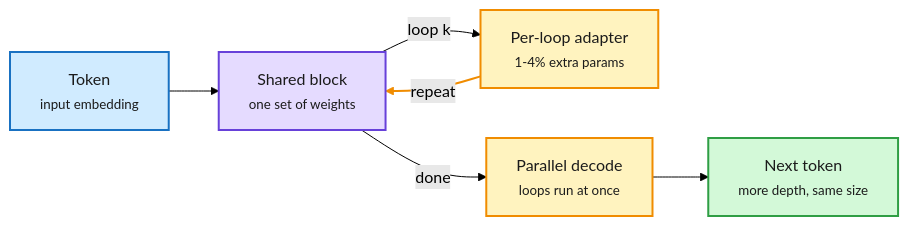
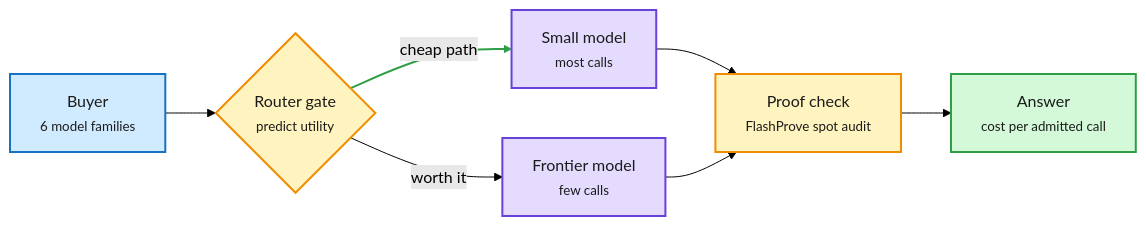
Before and after one commit to bayesiansapien/cere-bro: the diagram in wiki/media-zone/2026-11/2026-11-03.md, drawn with Mermaid (forest theme). The commit also changed other lines of this file and 36 other files, not shown here.

````diff
--- a/wiki/media-zone/2026-11/2026-11-03.md
+++ b/wiki/media-zone/2026-11/2026-11-03.md
@@ -36,17 +52,18 @@
 ```mermaid
 flowchart LR
-  X["Token<br/><small>input embedding</small>"] --> B["Shared block<br/><small>one set of weights</small>"]
-  B -->|loop k| A["Per-loop adapter<br/><small>1-4% extra params</small>"]
-  A -->|repeat| B
-  B -->|done| P["Parallel decode<br/><small>loops run at once</small>"]
-  P --> Y["Next token<br/><small>more depth, same size</small>"]
+  U["Buyer<br/><small>6 model families</small>"] --> G{"Router gate<br/><small>predict utility</small>"}
+  G -->|cheap path| S["Small model<br/><small>most calls</small>"]
+  G -->|worth it| F["Frontier model<br/><small>few calls</small>"]
+  S --> P["Proof check<br/><small>FlashProve spot audit</small>"]
+  F --> P
+  P --> A["Answer<br/><small>cost per admitted call</small>"]
   classDef input fill:#d0ebff,stroke:#1971c2,color:#1b1b1b,stroke-width:2px
   classDef core fill:#e5dbff,stroke:#6741d9,color:#1b1b1b,stroke-width:2px
   classDef loop fill:#fff3bf,stroke:#f08c00,color:#1b1b1b,stroke-width:2px
   classDef exit fill:#d3f9d8,stroke:#2f9e44,color:#1b1b1b,stroke-width:2px
-  class X input
-  class B core
-  class A,P loop
-  class Y exit
-  linkStyle 2 stroke:#f08c00,stroke-width:2px
+  class U input
+  class G,P loop
+  class S,F core
+  class A exit
+  linkStyle 1 stroke:#2f9e44,stroke-width:2px
 ```
````
